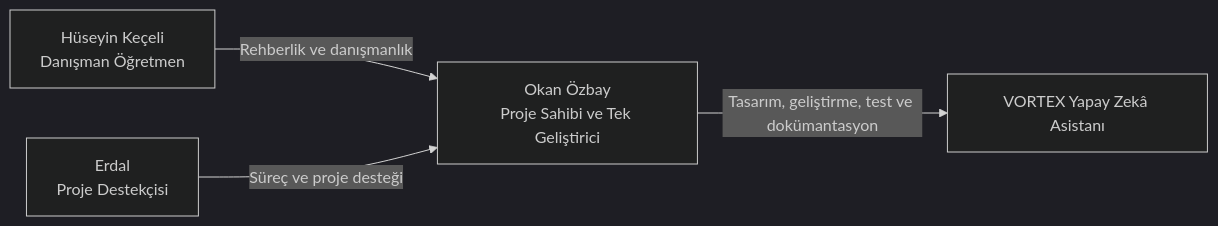
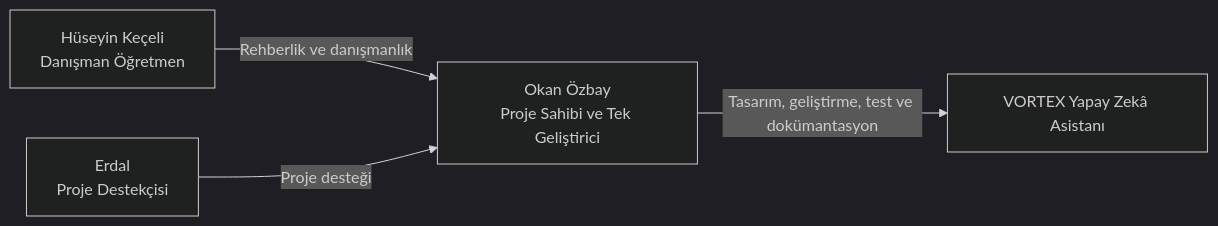
Before and after one commit to TheRottex/VORTEX-YAPAY-ZEKA-ASISTANI: the first of 2 diagrams in TEKNOFESTTEAM.md, drawn with Mermaid (dark theme). The commit also changed other lines of this file, not shown here.

````diff
--- a/TEKNOFESTTEAM.md
+++ b/TEKNOFESTTEAM.md
@@ -113,10 +99,10 @@
 ```mermaid
 flowchart LR
     O[Okan Özbay<br/>Proje Sahibi ve Tek Geliştirici]
     H[Hüseyin Keçeli<br/>Danışman Öğretmen]
     E[Erdal<br/>Proje Destekçisi]
 
     H -->|Rehberlik ve danışmanlık| O
-    E -->|Süreç ve proje desteği| O
+    E -->|Proje desteği| O
     O -->|Tasarım, geliştirme, test ve dokümantasyon| V[VORTEX Yapay Zekâ Asistanı]
 ```
````
